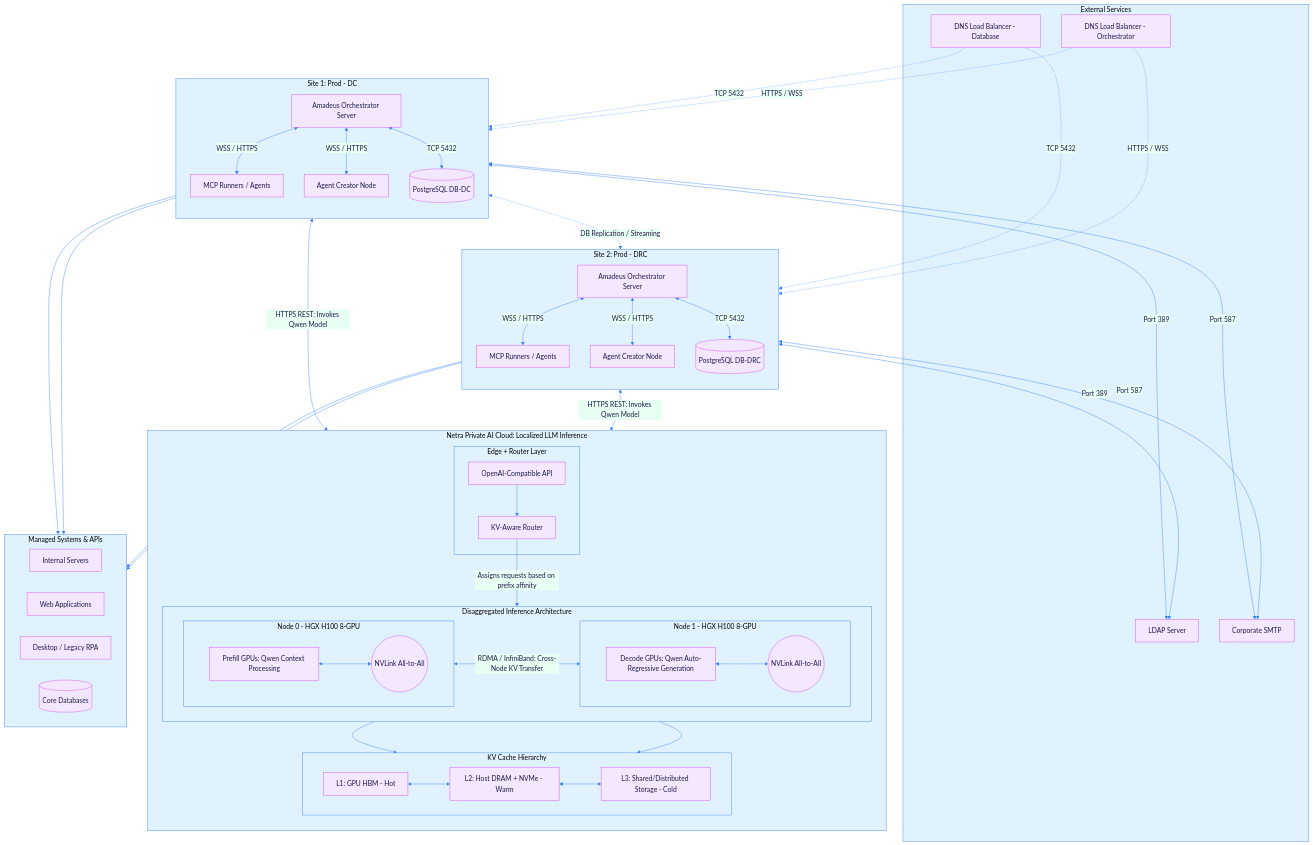
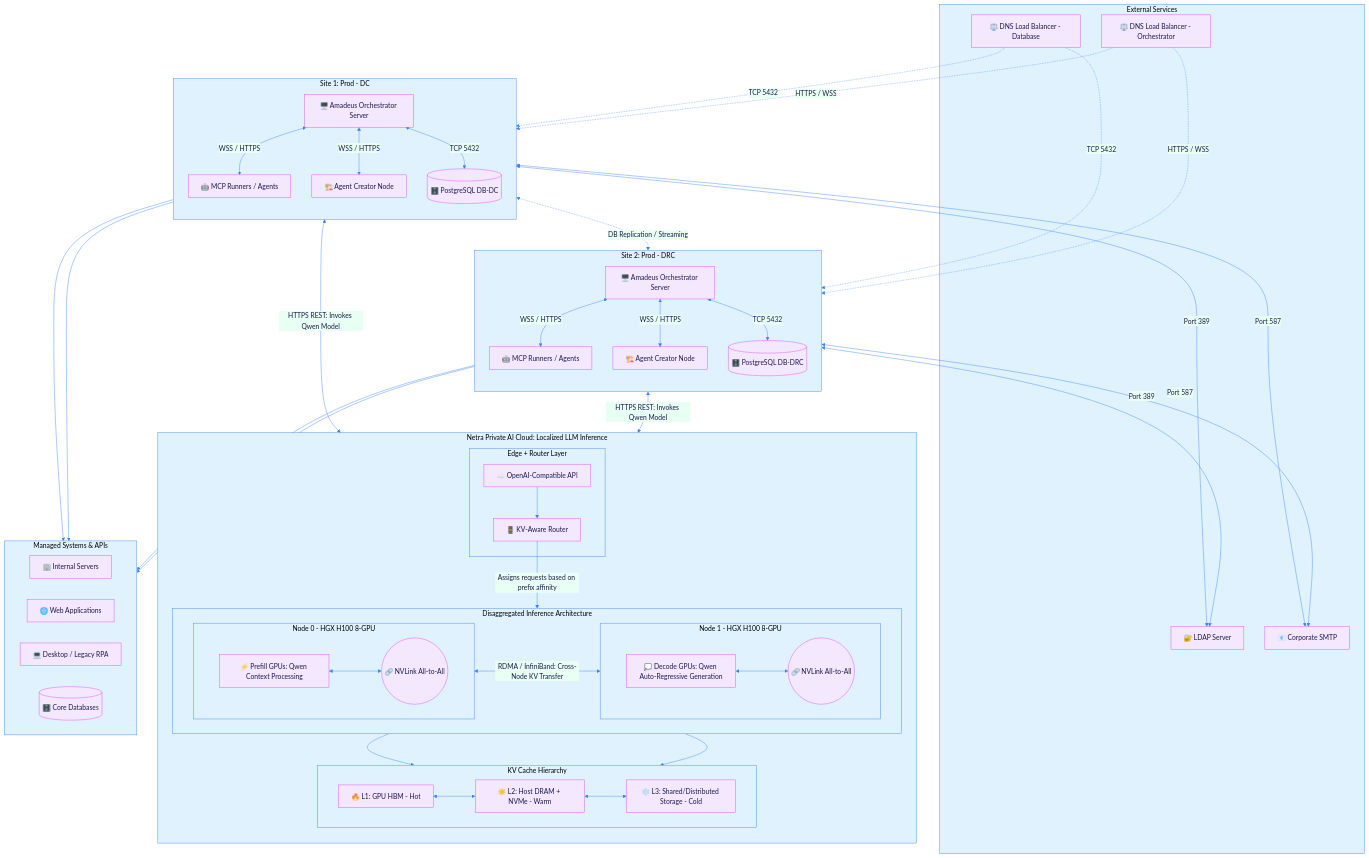
The third of 4 diagrams in README.md (Engineering-Reality/kachponz), drawn with Mermaid before and after one commit. The commit also changed other lines of this file, not shown here.

Commit message:
docs: add visual emojis to flowchart nodes for better clarity

```diff
--- a/README.md
+++ b/README.md
@@ -156,18 +156,18 @@
 %%{init: {'theme': 'base', 'themeVariables': { 'primaryColor': '#F3E8FF', 'primaryTextColor': '#1E1B4B', 'primaryBorderColor': '#D946EF', 'lineColor': '#3B82F6', 'clusterBkg': '#E0F2FE', 'clusterBorder': '#3B82F6'}}}%%
 flowchart TD
     subgraph ExternalServices [External Services]
-        LDAP[LDAP Server]
-        SMTP[Corporate SMTP]
-        DNS_CR[DNS Load Balancer - Orchestrator]
-        DNS_DB[DNS Load Balancer - Database]
+        LDAP[🔐 LDAP Server]
+        SMTP[📧 Corporate SMTP]
+        DNS_CR[⚖️ DNS Load Balancer - Orchestrator]
+        DNS_DB[⚖️ DNS Load Balancer - Database]
     end
 
     subgraph DC [Site 1: Prod - DC]
         direction TB
-        CR_DC[Amadeus Orchestrator Server]
-        DB_DC[(PostgreSQL DB-DC)]
-        Runner_DC[MCP Runners / Agents]
-        Creator_DC[Agent Creator Node]
+        CR_DC[🖥️ Amadeus Orchestrator Server]
+        DB_DC[(🗄️ PostgreSQL DB-DC)]
+        Runner_DC[🤖 MCP Runners / Agents]
+        Creator_DC[🏗️ Agent Creator Node]
         
         CR_DC <-->|WSS / HTTPS| Runner_DC
         CR_DC <-->|WSS / HTTPS| Creator_DC
@@ -176,10 +176,10 @@
 
     subgraph DRC [Site 2: Prod - DRC]
         direction TB
-        CR_DRC[Amadeus Orchestrator Server]
-        DB_DRC[(PostgreSQL DB-DRC)]
-        Runner_DRC[MCP Runners / Agents]
-        Creator_DRC[Agent Creator Node]
+        CR_DRC[🖥️ Amadeus Orchestrator Server]
+        DB_DRC[(🗄️ PostgreSQL DB-DRC)]
+        Runner_DRC[🤖 MCP Runners / Agents]
+        Creator_DRC[🏗️ Agent Creator Node]
         
         CR_DRC <-->|WSS / HTTPS| Runner_DRC
         CR_DRC <-->|WSS / HTTPS| Creator_DRC
@@ -189,22 +189,22 @@
     subgraph NetraCloud [Netra Private AI Cloud: Localized LLM Inference]
         direction TB
         subgraph EdgeLayer [Edge + Router Layer]
-            NetraAPI[OpenAI-Compatible API]
-            KVRouter[KV-Aware Router]
+            NetraAPI[☁️ OpenAI-Compatible API]
+            KVRouter[🚦 KV-Aware Router]
             NetraAPI --> KVRouter
         end
 
         subgraph DisaggregatedInference [Disaggregated Inference Architecture]
             direction LR
             subgraph Node0 [Node 0 - HGX H100 8-GPU]
-                Prefill[Prefill GPUs: Qwen Context Processing]
-                NVLink0((NVLink All-to-All))
+                Prefill[⚡ Prefill GPUs: Qwen Context Processing]
+                NVLink0((🔗 NVLink All-to-All))
                 Prefill <--> NVLink0
             end
             
             subgraph Node1 [Node 1 - HGX H100 8-GPU]
-                Decode[Decode GPUs: Qwen Auto-Regressive Generation]
-                NVLink1((NVLink All-to-All))
+                Decode[💭 Decode GPUs: Qwen Auto-Regressive Generation]
+                NVLink1((🔗 NVLink All-to-All))
                 Decode <--> NVLink1
             end
             
@@ -212,9 +212,9 @@
         end
 
         subgraph KVCache [KV Cache Hierarchy]
-            L1[L1: GPU HBM - Hot]
-            L2[L2: Host DRAM + NVMe - Warm]
-            L3[L3: Shared/Distributed Storage - Cold]
+            L1[🔥 L1: GPU HBM - Hot]
+            L2[☀️ L2: Host DRAM + NVMe - Warm]
+            L3[❄️ L3: Shared/Distributed Storage - Cold]
             L1 <--> L2 <--> L3
         end
         
@@ -224,10 +224,10 @@
     end
 
     subgraph ManagedSystems [Managed Systems & APIs]
-        Server[Internal Servers]
-        WebApp[Web Applications]
-        Desktop[Desktop / Legacy RPA]
-        CoreDB[(Core Databases)]
+        Server[🏢 Internal Servers]
+        WebApp[🌐 Web Applications]
+        Desktop[💻 Desktop / Legacy RPA]
+        CoreDB[(🗄️ Core Databases)]
     end
 
     %% DC to DRC Replication
```
